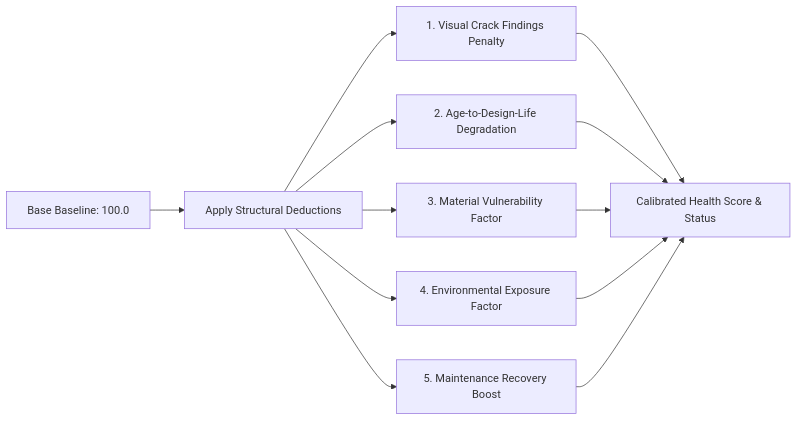
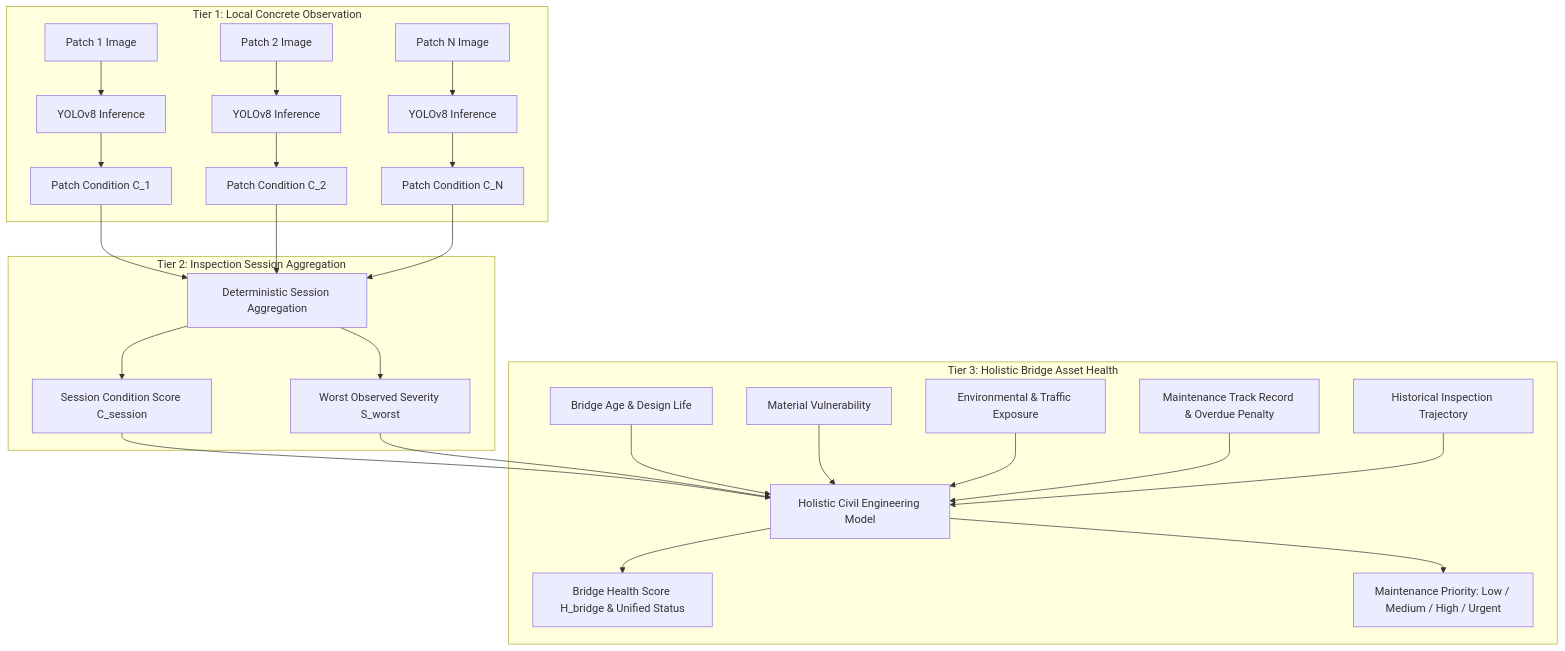
One commit to Yunn2007/SetuSIght changed the third of 4 diagrams in SYSTEM_DOCUMENTATION.md. Above: the diagram before and after it, drawn with Mermaid. The commit also changed other lines of this file and 33 other files, not shown here.

Commit message:
feat(phase-3a): multi-image sessions, 3-tier health engine, visual AI canvas, notification fix, and contractor data isolation

````diff
--- a/SYSTEM_DOCUMENTATION.md
+++ b/SYSTEM_DOCUMENTATION.md
@@ -252,10 +252,26 @@
 ```mermaid
-graph LR
-    Base[Base Baseline: 100.0] --> Deductions[Apply Structural Deductions]
-    Deductions --> Crack[1. Visual Crack Findings Penalty]
-    Deductions --> Age[2. Age-to-Design-Life Degradation]
-    Deductions --> Material[3. Material Vulnerability Factor]
-    Deductions --> Env[4. Environmental Exposure Factor]
-    Deductions --> Maintenance[5. Maintenance Recovery Boost]
-    Crack & Age & Material & Env & Maintenance --> FinalScore[Calibrated Health Score & Status]
+graph TD
+    subgraph Tier 1: Local Concrete Observation
+        Img1[Patch 1 Image] --> YOLO1[YOLOv8 Inference] --> P1[Patch Condition C_1]
+        Img2[Patch 2 Image] --> YOLO2[YOLOv8 Inference] --> P2[Patch Condition C_2]
+        ImgN[Patch N Image] --> YOLON[YOLOv8 Inference] --> PN[Patch Condition C_N]
+    end
+
+    subgraph Tier 2: Inspection Session Aggregation
+        P1 & P2 & PN --> Agg[Deterministic Session Aggregation]
+        Agg --> SessionCond[Session Condition Score C_session]
+        Agg --> WorstSev[Worst Observed Severity S_worst]
+    end
+
+    subgraph Tier 3: Holistic Bridge Asset Health
+        SessionCond --> BridgeModel[Holistic Civil Engineering Model]
+        WorstSev --> BridgeModel
+        Age[Bridge Age & Design Life] --> BridgeModel
+        Material[Material Vulnerability] --> BridgeModel
+        Exposure[Environmental & Traffic Exposure] --> BridgeModel
+        Maintenance[Maintenance Track Record & Overdue Penalty] --> BridgeModel
+        Trend[Historical Inspection Trajectory] --> BridgeModel
+        BridgeModel --> BridgeHealth[Bridge Health Score H_bridge & Unified Status]
+        BridgeModel --> Priority[Maintenance Priority: Low / Medium / High / Urgent]
+    end
 ```
````
